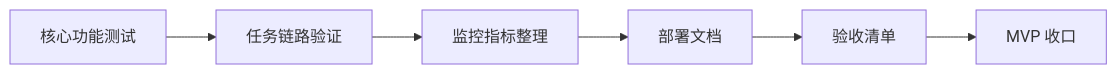
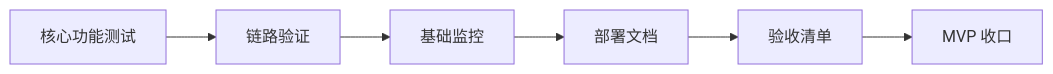
Diagram 15 of 18 in steps/day1-day15-summary.md (juemimgcd/sentiFlow), drawn with Mermaid before and after one commit. The commit also changed other lines of this file and 2 other files, not shown here.

````diff
--- a/steps/day1-day15-summary.md
+++ b/steps/day1-day15-summary.md
@@ -435,8 +462,8 @@
 ```mermaid
 flowchart LR
-    A[核心功能测试] --> B[任务链路验证]
-    B --> C[监控指标整理]
+    A[核心功能测试] --> B[链路验证]
+    B --> C[基础监控]
     C --> D[部署文档]
     D --> E[验收清单]
     E --> F[MVP 收口]
 ```
````
